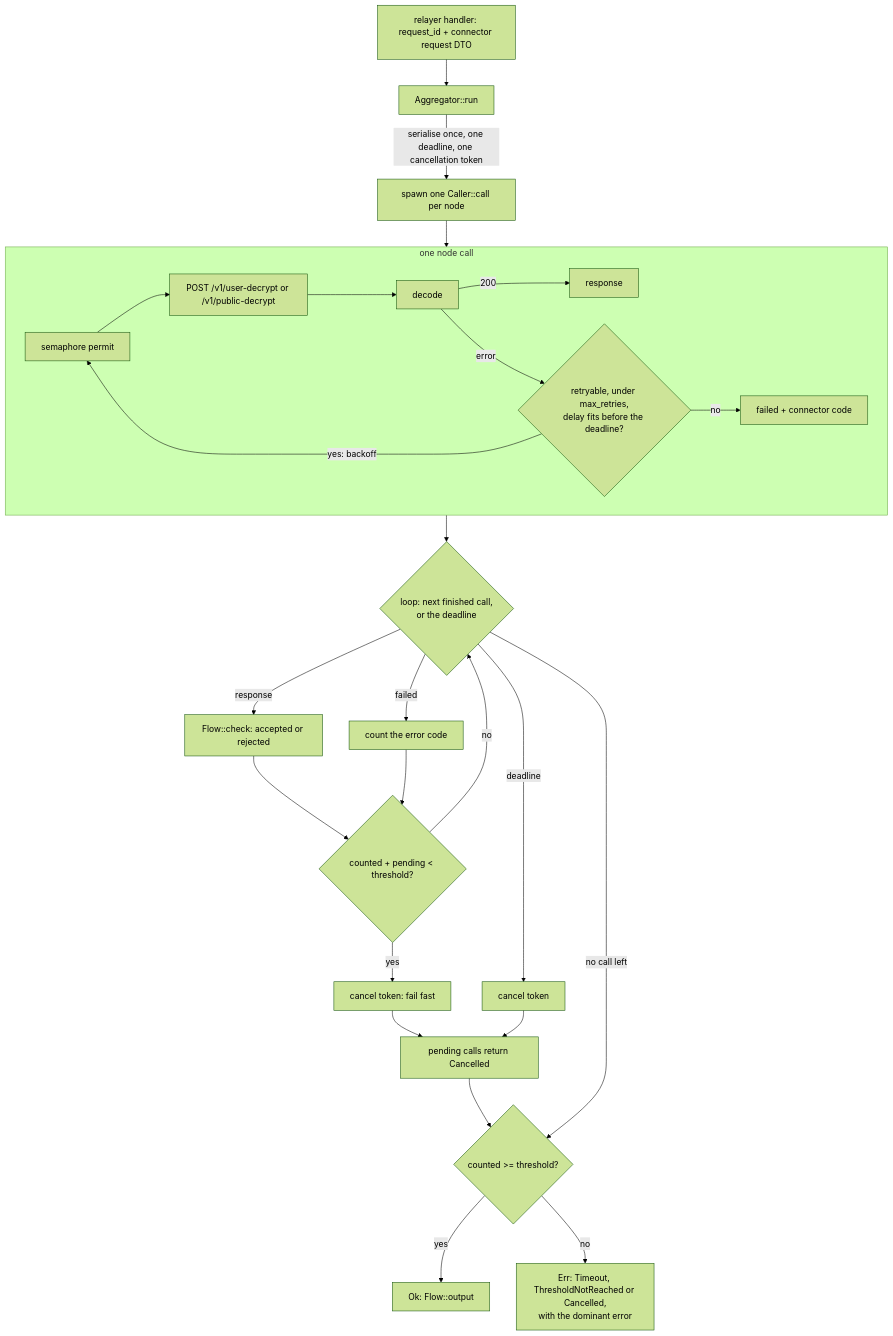
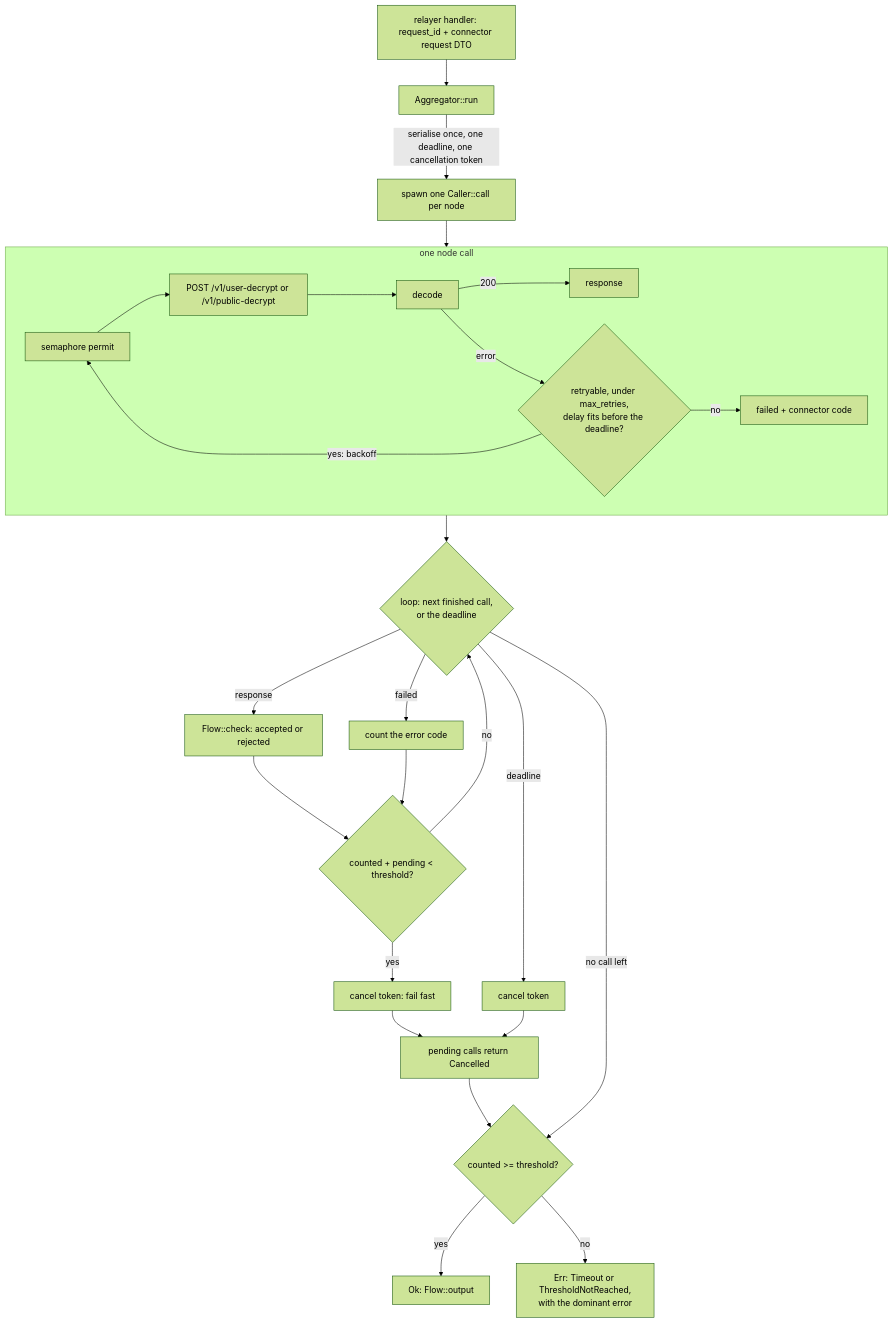
Before and after one commit to zama-ai/fhevm: the first of 3 diagrams in relayer-http/crates/relayer-http/src/kms_aggregator/docs.md, drawn with Mermaid (forest theme). The commit also changed other lines of this file and 46 other files, not shown here.

````diff
--- a/relayer-http/crates/relayer-http/src/kms_aggregator/docs.md
+++ b/relayer-http/crates/relayer-http/src/kms_aggregator/docs.md
@@ -18,25 +18,25 @@
 ```mermaid
 flowchart TB
   H[relayer handler: request_id + connector request DTO] --> A[Aggregator::run]
   A -->|serialise once, one deadline, one cancellation token| S[spawn one Caller::call per node]
   subgraph CALL[one node call]
     P[semaphore permit] --> Q[POST /v1/user-decrypt or /v1/public-decrypt] --> D[decode]
     D -->|200| OK[response]
     D -->|error| R{retryable, under max_retries,<br/>delay fits before the deadline?}
     R -->|yes: backoff| P
     R -->|no| F[failed + connector code]
   end
   S --> CALL
   CALL --> L{loop: next finished call,<br/>or the deadline}
   L -->|response| C[Flow::check: accepted or rejected]
   L -->|failed| E[count the error code]
   C & E --> FF{"counted + pending < threshold?"}
   FF -->|yes| X[cancel token: fail fast]
   FF -->|no| L
   L -->|deadline| X2[cancel token]
   X & X2 --> DR[pending calls return Cancelled]
   DR --> V{"counted >= threshold?"}
   L -->|no call left| V
   V -->|yes| O[Ok: Flow::output]
-  V -->|no| ERR[Err: Timeout, ThresholdNotReached or Cancelled,<br/>with the dominant error]
+  V -->|no| ERR[Err: Timeout or ThresholdNotReached,<br/>with the dominant error]
 ```
````
